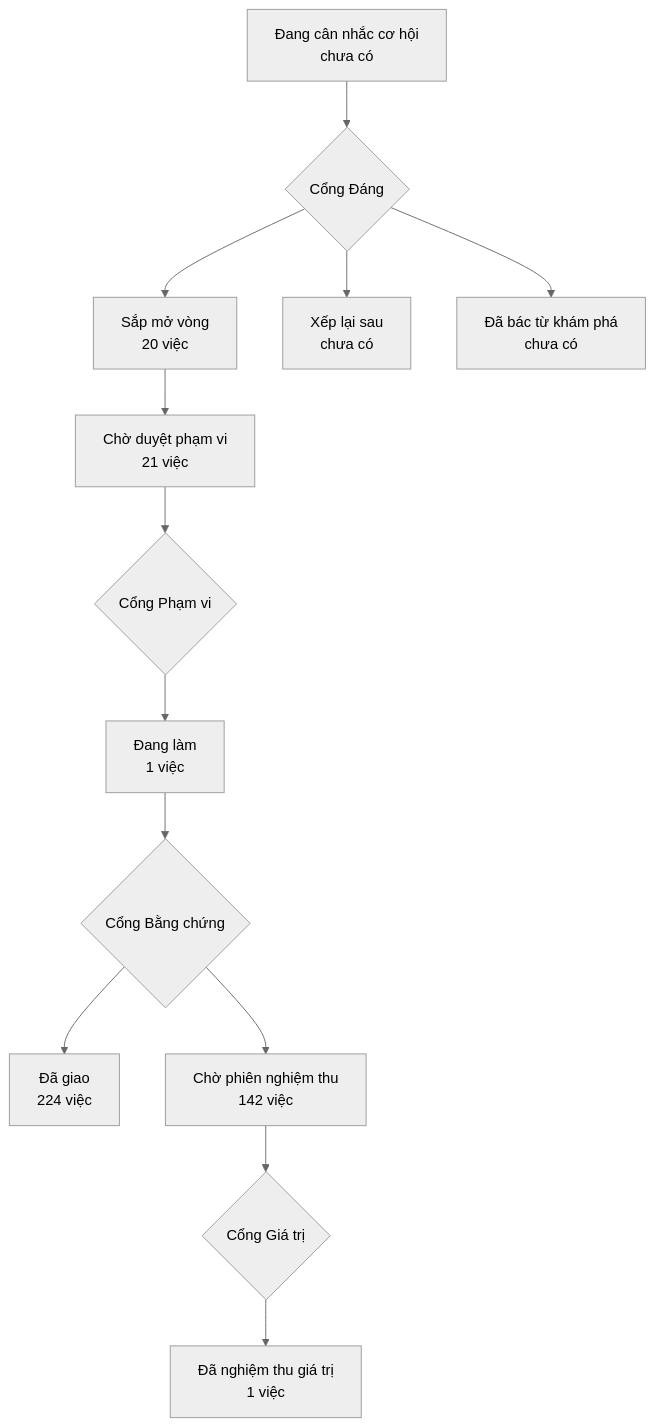
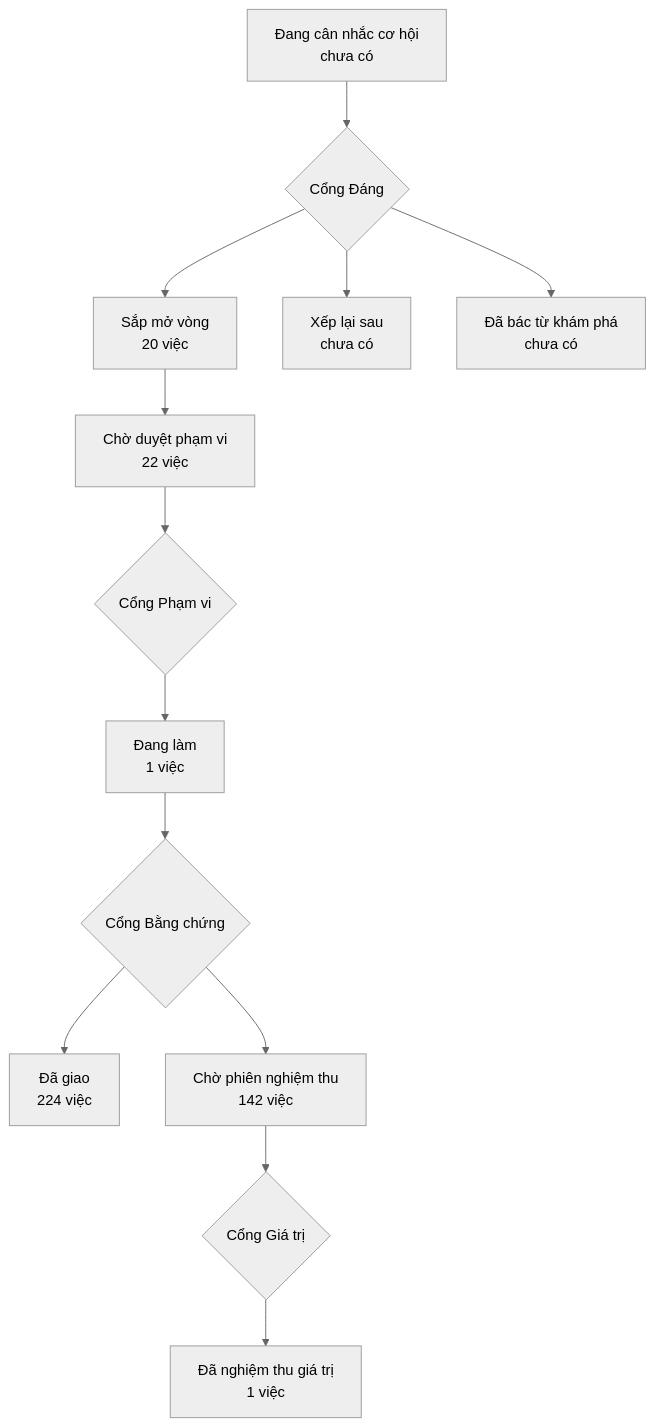
One commit to phanlemanh/onehub-invest changed the diagram in PRODUCT-MAP.md. Above: the diagram before and after it, drawn with Mermaid (neutral theme). The commit also changed other lines of this file and 6 other files, not shown here.

Commit message:
docs(acceptance): DA56 thẻ Cổng Phạm vi, hình luồng, sửa căn cứ (nap-s09-quy-can-va-can-cao-tang)

````diff
--- a/PRODUCT-MAP.md
+++ b/PRODUCT-MAP.md
@@ -7,12 +7,12 @@
 ```mermaid
 flowchart TD
   A["Đang cân nhắc cơ hội<br/>chưa có"] --> GD{"Cổng Đáng"}
   GD --> B["Sắp mở vòng<br/>20 việc"]
   GD --> XL["Xếp lại sau<br/>chưa có"]
   GD --> DB["Đã bác từ khám phá<br/>chưa có"]
-  B --> CD["Chờ duyệt phạm vi<br/>21 việc"] --> GP{"Cổng Phạm vi"}
+  B --> CD["Chờ duyệt phạm vi<br/>22 việc"] --> GP{"Cổng Phạm vi"}
   GP --> DL["Đang làm<br/>1 việc"] --> GB{"Cổng Bằng chứng"}
   GB --> DG["Đã giao<br/>224 việc"]
   GB --> CN["Chờ phiên nghiệm thu<br/>142 việc"] --> GG{"Cổng Giá trị"}
   GG --> NT["Đã nghiệm thu giá trị<br/>1 việc"]
 ```
````
